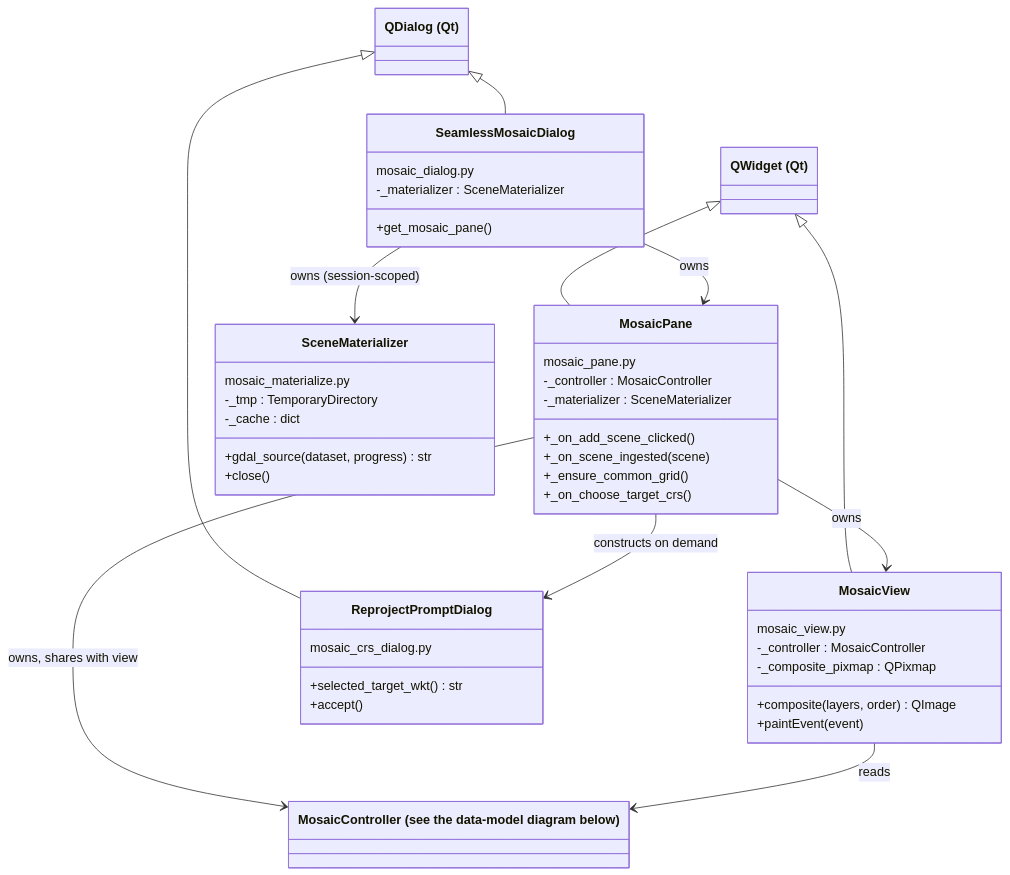
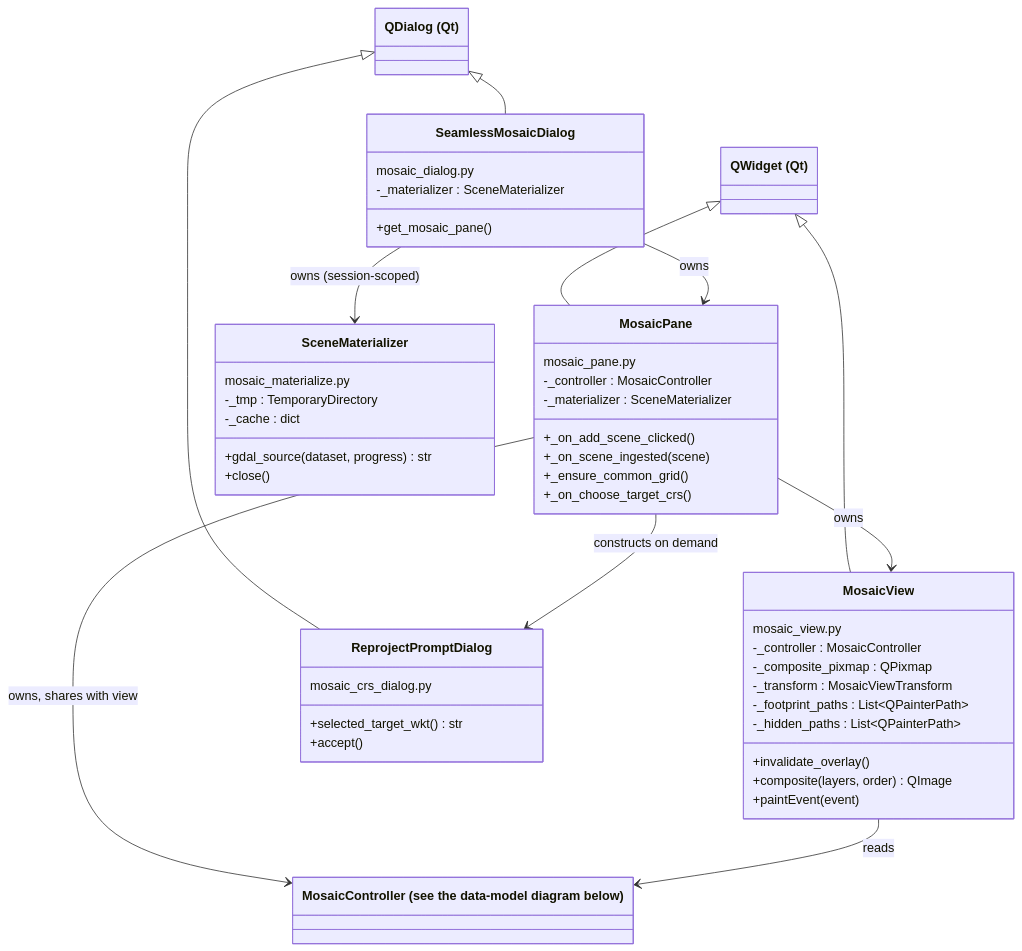
The first of 5 diagrams in doc/sphinx-general-wiser-docs/source/developer-content/mosaic-internals.md (Ehlmann-research-group/WISER), drawn with Mermaid before and after one commit. The commit also changed other lines of this file, not shown here.

Commit message:
doc: Updating mosaic internals doc with foot print additions to mosaic view

````diff
--- a/doc/sphinx-general-wiser-docs/source/developer-content/mosaic-internals.md
+++ b/doc/sphinx-general-wiser-docs/source/developer-content/mosaic-internals.md
@@ -68,58 +71,62 @@
 ```{mermaid}
 classDiagram
     direction TB
 
     class QDialog["QDialog (Qt)"]
     class QWidget["QWidget (Qt)"]
     class MosaicController["MosaicController (see the data-model diagram below)"]
 
     class SeamlessMosaicDialog {
         mosaic_dialog.py
         -_materializer : SceneMaterializer
         +get_mosaic_pane()
     }
 
     class MosaicPane {
         mosaic_pane.py
         -_controller : MosaicController
         -_materializer : SceneMaterializer
         +_on_add_scene_clicked()
         +_on_scene_ingested(scene)
         +_ensure_common_grid()
         +_on_choose_target_crs()
     }
 
     class MosaicView {
         mosaic_view.py
         -_controller : MosaicController
         -_composite_pixmap : QPixmap
+        -_transform : MosaicViewTransform
+        -_footprint_paths : List~QPainterPath~
+        -_hidden_paths : List~QPainterPath~
+        +invalidate_overlay()
         +composite(layers, order) QImage
         +paintEvent(event)
     }
 
     class SceneMaterializer {
         mosaic_materialize.py
         -_tmp : TemporaryDirectory
         -_cache : dict
         +gdal_source(dataset, progress) str
         +close()
     }
 
     class ReprojectPromptDialog {
         mosaic_crs_dialog.py
         +selected_target_wkt() str
         +accept()
     }
 
     QDialog <|-- SeamlessMosaicDialog
     QDialog <|-- ReprojectPromptDialog
     QWidget <|-- MosaicPane
     QWidget <|-- MosaicView
 
     SeamlessMosaicDialog --> MosaicPane : owns
     SeamlessMosaicDialog --> SceneMaterializer : owns (session-scoped)
     MosaicPane --> MosaicView : owns
     MosaicPane --> ReprojectPromptDialog : constructs on demand
     MosaicPane --> MosaicController : owns, shares with view
     MosaicView --> MosaicController : reads
 ```
````
